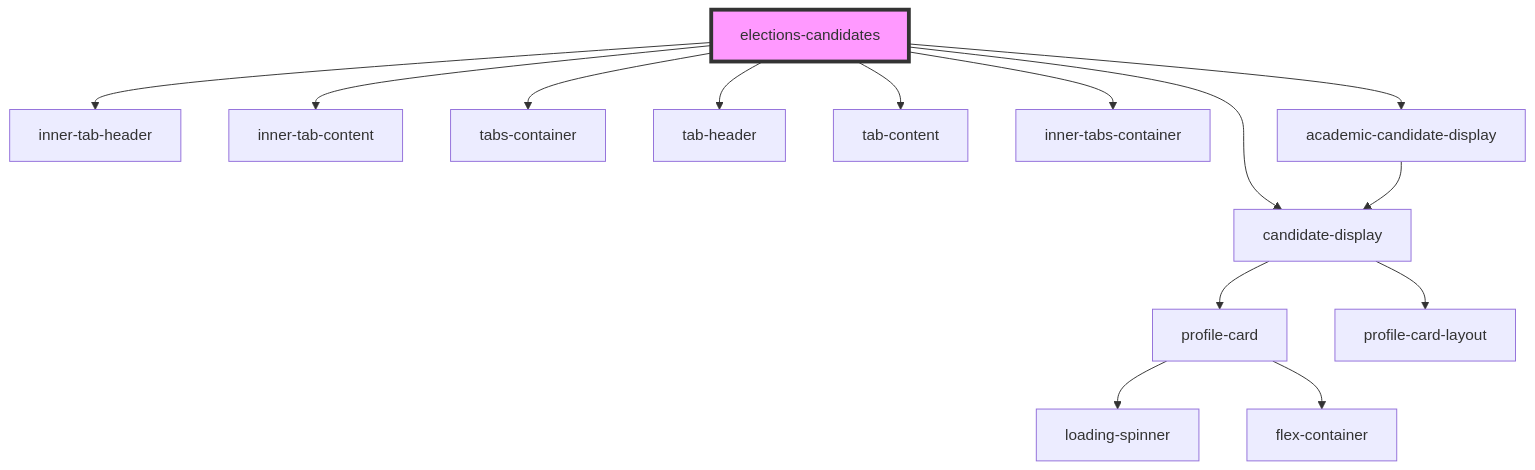
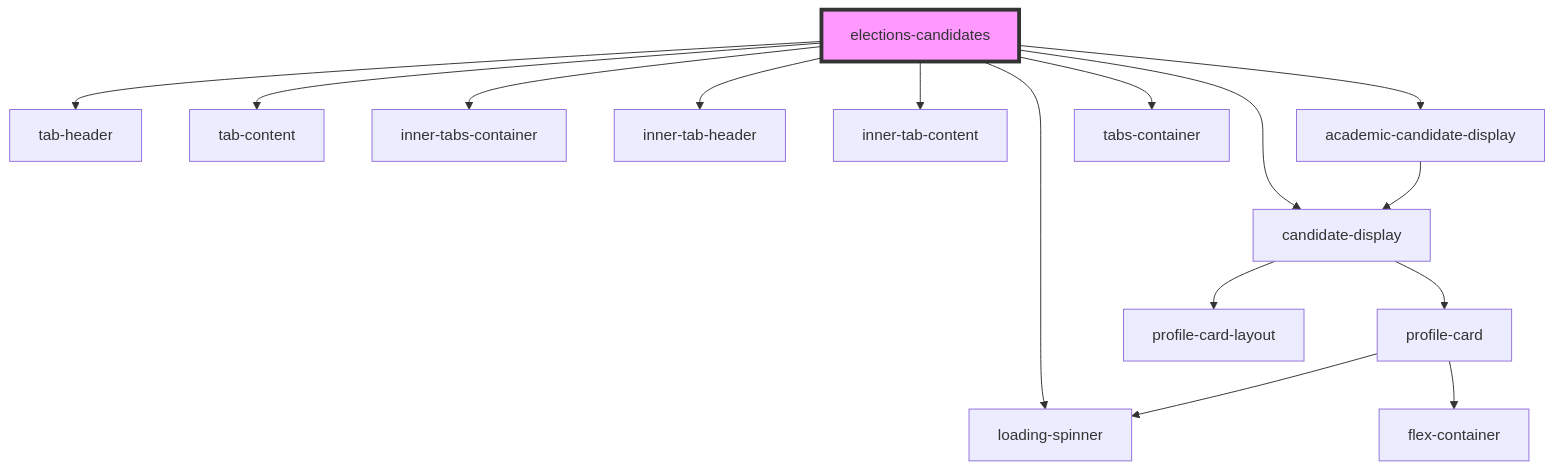
One commit to dev-kylo/component_library changed the diagram in src/components/elections/elections-candidates/readme.md. Above: the diagram before and after it, drawn with Mermaid. The commit also changed other lines of this file and 12 other files, not shown here.

````diff
--- a/src/components/elections/elections-candidates/readme.md
+++ b/src/components/elections/elections-candidates/readme.md
@@ -29,17 +35,18 @@
 ```mermaid
 graph TD;
+  elections-candidates --> tab-header
+  elections-candidates --> tab-content
+  elections-candidates --> candidate-display
+  elections-candidates --> inner-tabs-container
   elections-candidates --> inner-tab-header
   elections-candidates --> inner-tab-content
-  elections-candidates --> candidate-display
+  elections-candidates --> academic-candidate-display
+  elections-candidates --> loading-spinner
   elections-candidates --> tabs-container
-  elections-candidates --> tab-header
-  elections-candidates --> tab-content
-  elections-candidates --> inner-tabs-container
-  elections-candidates --> academic-candidate-display
   candidate-display --> profile-card
   candidate-display --> profile-card-layout
   profile-card --> loading-spinner
   profile-card --> flex-container
   academic-candidate-display --> candidate-display
   style elections-candidates fill:#f9f,stroke:#333,stroke-width:4px
 ```
````
